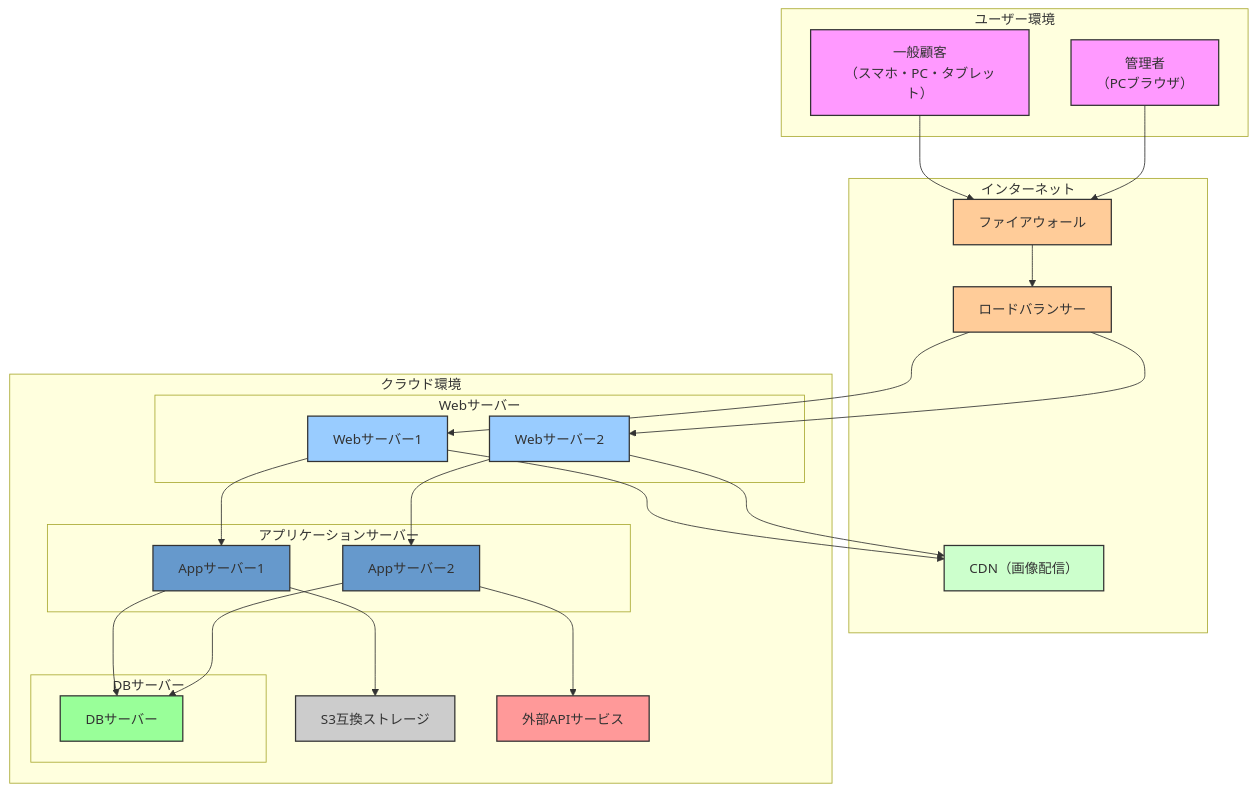
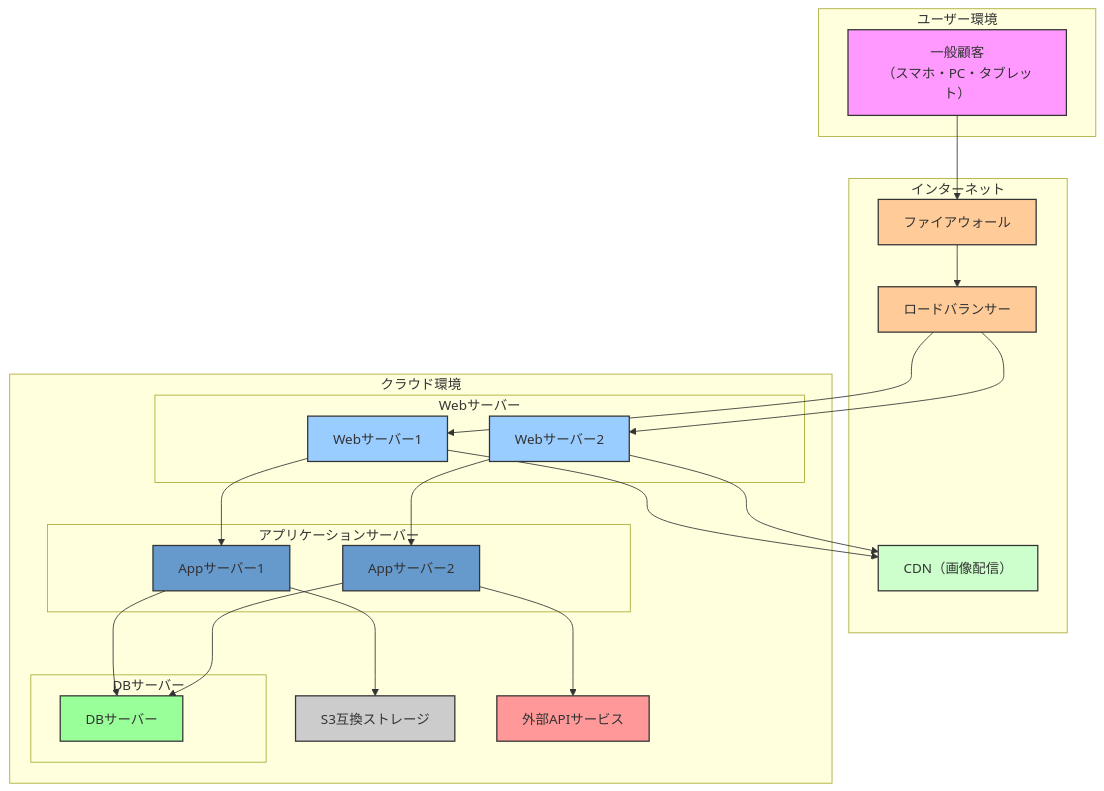
The diagram in 基本設計/2.md (shogomaeda758/Bacon), drawn with Mermaid before and after one commit. The commit also changed other lines of this file, not shown here.

Commit message:
2.変更

```diff
--- a/基本設計/2.md
+++ b/基本設計/2.md
@@ -37,70 +37,67 @@
 <div class="mermaid">
 graph TD
     subgraph ユーザー環境
         Client[一般顧客<br>（スマホ・PC・タブレット）]
-        Admin[管理者<br>（PCブラウザ）]
     end
 
     subgraph インターネット
         Firewall[ファイアウォール]
         LoadBalancer[ロードバランサー]
         CDN[CDN（画像配信）]
     end
 
     subgraph クラウド環境
         subgraph Webサーバー
             WebServer1[Webサーバー1]
             WebServer2[Webサーバー2]
         end
 
         subgraph アプリケーションサーバー
             AppServer1[Appサーバー1]
             AppServer2[Appサーバー2]
         end
 
         subgraph DBサーバー
             DB[DBサーバー<br>]
             end
 
         Storage[S3互換ストレージ]
         ExternalAPI[外部APIサービス]
     end
 
     %% ユーザーからインターネット
     Client --> Firewall
-    Admin --> Firewall
 
     %% インターネット内部の流れ
     Firewall --> LoadBalancer
     LoadBalancer --> WebServer1
     LoadBalancer --> WebServer2
     WebServer1 --> CDN
     WebServer2 --> CDN
 
     %% Webサーバーからアプリサーバー
     WebServer1 --> AppServer1
     WebServer2 --> AppServer2
 
     %% アプリサーバーからDBサーバー
     AppServer1 --> DB
     AppServer2 --> DB
 
     %% アプリサーバーから外部ストレージ・API
     AppServer1 --> Storage
     AppServer2 --> ExternalAPI
 
   
     
     style Client fill:#f9f,stroke:#333,stroke-width:1.5px
-    style Admin fill:#f9f,stroke:#333,stroke-width:1.5px
     style Firewall fill:#ffcc99,stroke:#333,stroke-width:1.5px
     style LoadBalancer fill:#ffcc99,stroke:#333,stroke-width:1.5px
     style CDN fill:#ccffcc,stroke:#333,stroke-width:1.5px
     style WebServer1 fill:#99ccff,stroke:#333,stroke-width:1.5px
     style WebServer2 fill:#99ccff,stroke:#333,stroke-width:1.5px
     style AppServer1 fill:#6699cc,stroke:#333,stroke-width:1.5px
     style AppServer2 fill:#6699cc,stroke:#333,stroke-width:1.5px
     style DB fill:#99ff99,stroke:#333,stroke-width:1.5px
     style Storage fill:#cccccc,stroke:#333,stroke-width:1.5px
     style ExternalAPI fill:#ff9999,stroke:#333,stroke-width:1.5px
 </div>
```
